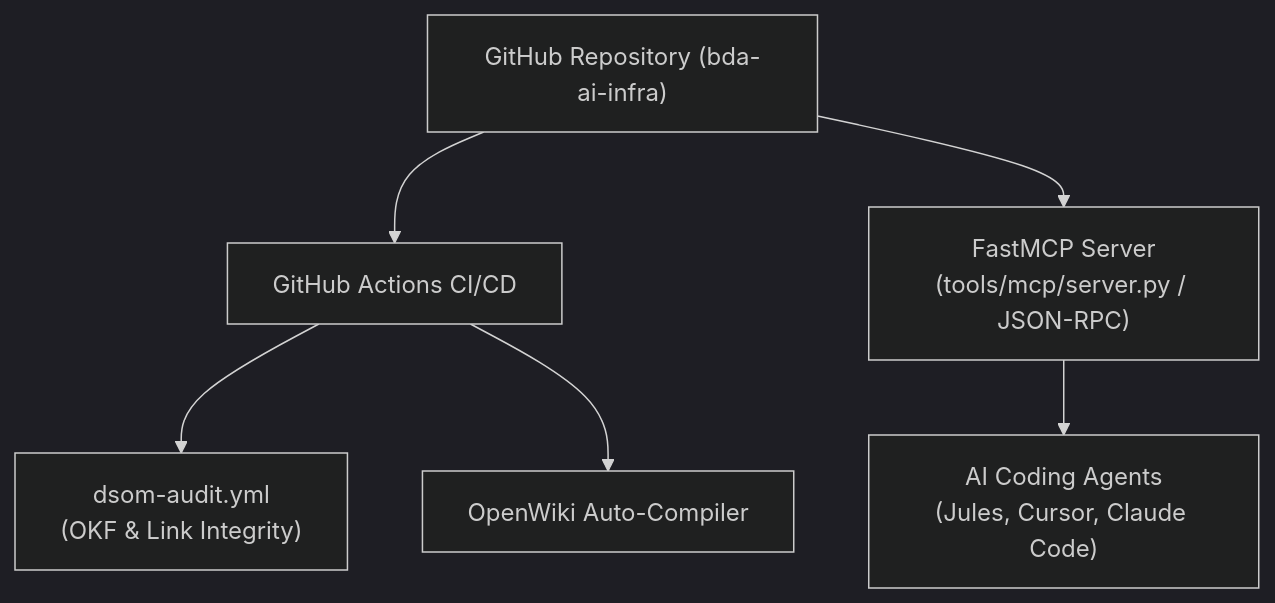
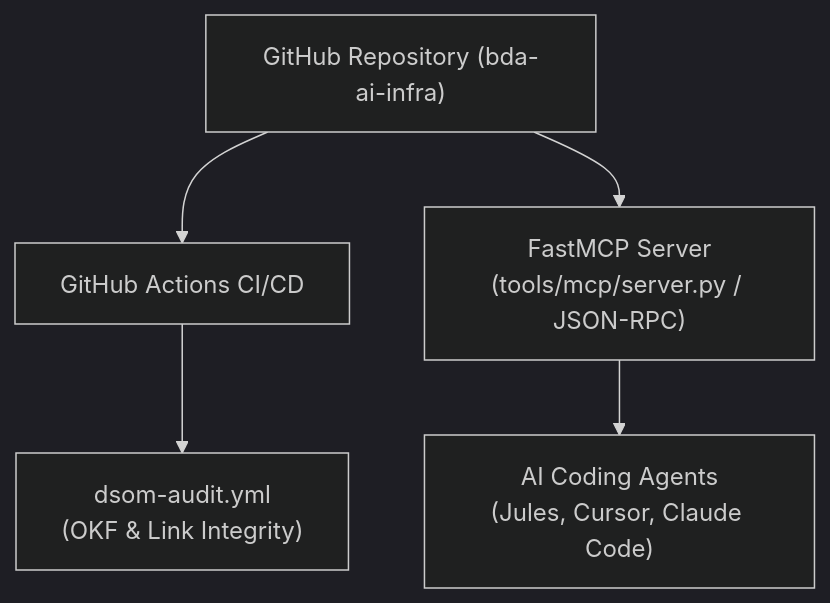
One commit to linuxmalaysia/bda-ai-infra changed the diagram in openwiki/integrations/mcp-and-ci.md. Above: the diagram before and after it, drawn with Mermaid (dark theme). The commit also changed other lines of this file and 17 other files, not shown here.

Commit message:
feat: refine dual-render diagrams, routing tables, and SVG annotations per PR feedback

````diff
--- a/openwiki/integrations/mcp-and-ci.md
+++ b/openwiki/integrations/mcp-and-ci.md
@@ -68,8 +68,7 @@
 ```mermaid
 flowchart TD
     Repo["GitHub Repository (bda-ai-infra)"] --> Actions["GitHub Actions CI/CD"]
     Actions --> Audit["dsom-audit.yml<br/>(OKF &amp; Link Integrity)"]
-    Actions --> WikiUpdate["OpenWiki Auto-Compiler"]
     Repo --> MCP["FastMCP Server<br/>(tools/mcp/server.py / JSON-RPC)"]
     MCP --> Agent["AI Coding Agents<br/>(Jules, Cursor, Claude Code)"]
 ```
````
